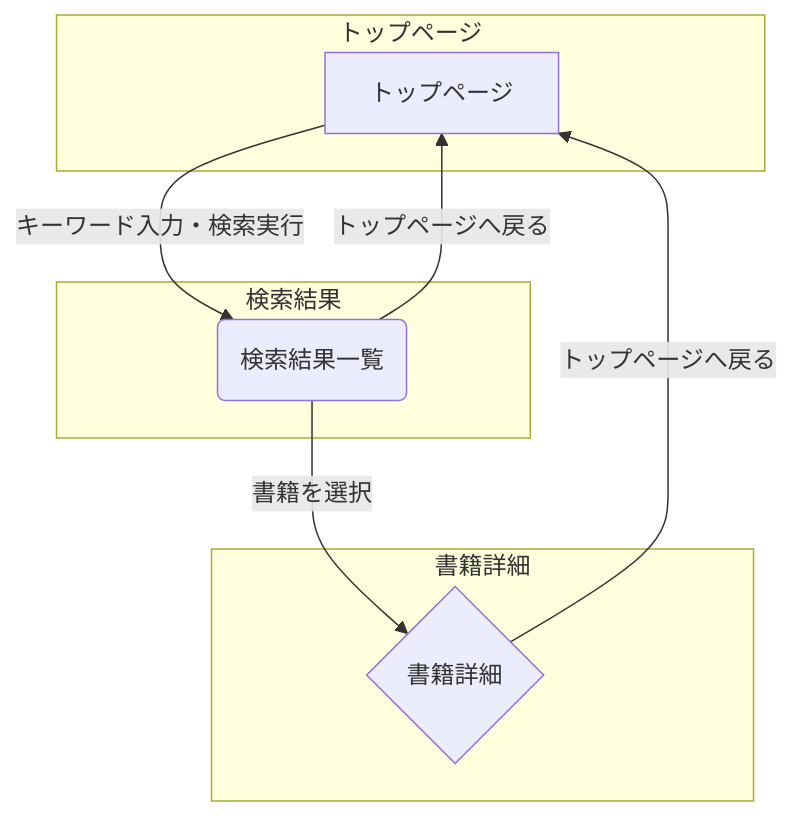
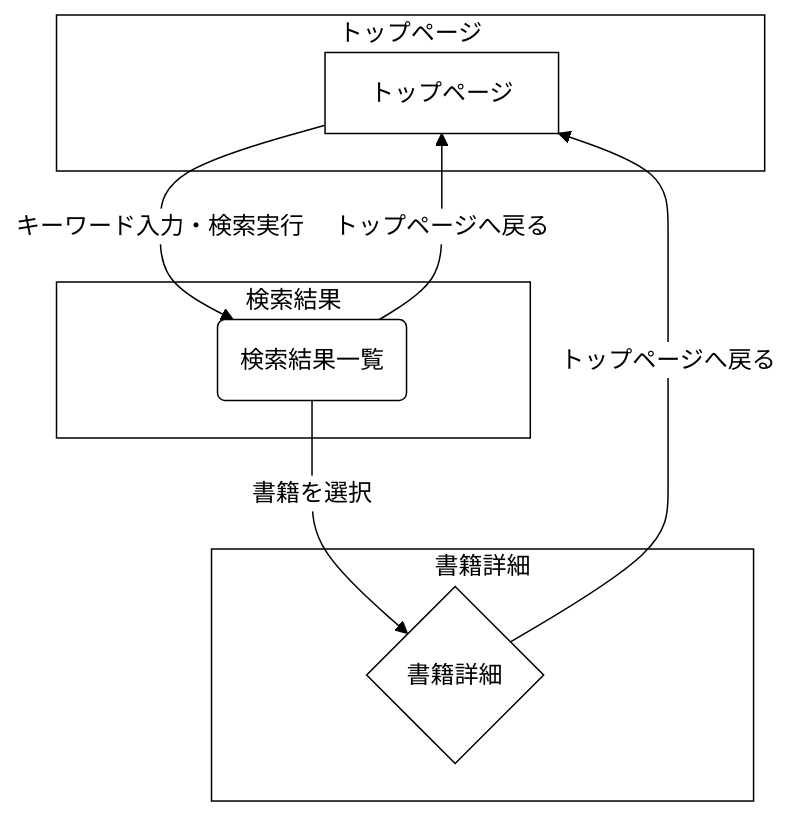
One commit to yoriyuki-fukui/aozora-search changed the first of 2 diagrams in docs/transition.md. Above: the diagram before and after it, drawn with Mermaid. The commit also changed other lines of this file, not shown here.

````diff
--- a/docs/transition.md
+++ b/docs/transition.md
@@ -1,19 +2,35 @@
 ```Mermaid
+%%{init: {
+  'theme': 'base',
+  'themeVariables': {
+    'primaryColor': '#ffffff',
+    'primaryTextColor': '#000000',
+    'primaryBorderColor': '#000000',
+    'lineColor': '#000000',
+    'secondaryColor': '#ffffff',
+    'tertiaryColor': '#ffffff',
+    'mainBkg': '#ffffff',
+    'nodeBorder': '#000000',
+    'clusterBkg': '#ffffff',
+    'clusterBorder': '#000000',
+    'edgeLabelBackground':'#ffffff'
+  }
+}}%%
 graph TD
     A[トップページ] -->|キーワード入力・検索実行| B(検索結果一覧);
     B -->|書籍を選択| C{書籍詳細};
     C -->|トップページへ戻る| A;
     B -->|トップページへ戻る| A;
 
     subgraph トップページ
         A
     end
 
     subgraph 検索結果
         B
     end
 
     subgraph 書籍詳細
         C
     end
 ```
````
